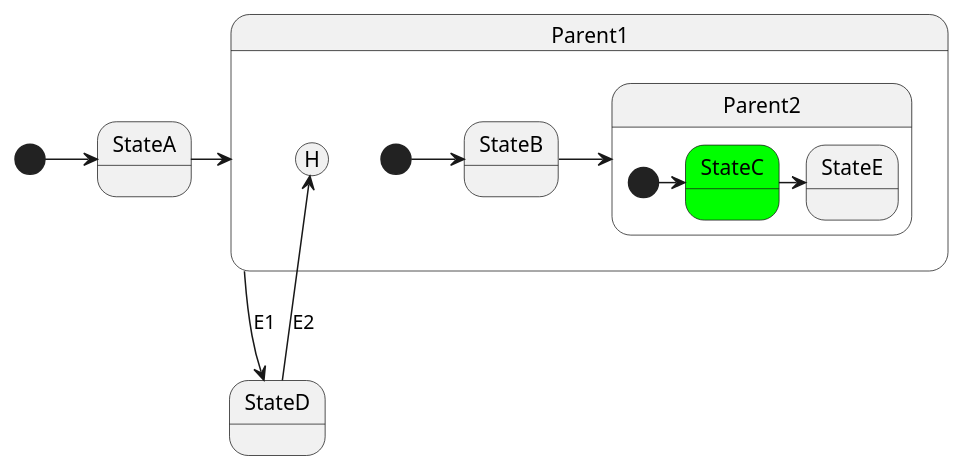
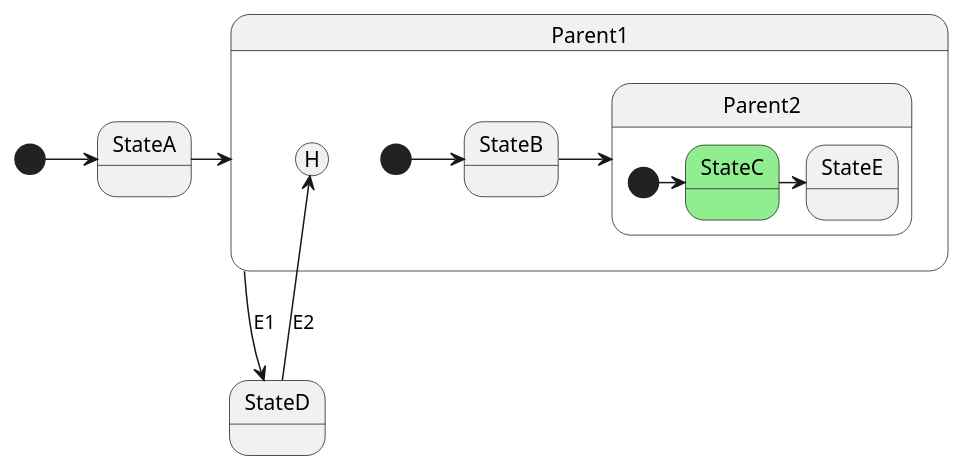
The diagram in source/features/history/history_shallow_04.pu (igor-krechetov/hsmcpp-doc), drawn with PlantUML before and after one commit. The commit also changed 23 other files, not shown here.

```diff
--- a/source/features/history/history_shallow_04.pu
+++ b/source/features/history/history_shallow_04.pu
@@ -1,23 +1,23 @@
 @startuml
 
 state StateD
 
 [*] -> StateA
 StateA -> Parent1
 
 state Parent1 {
     [*] -> StateB
     StateB -> Parent2
 
     state Parent2 {
         [*] -> StateC
         StateC -> StateE
-        state StateC #00FF00
+        state StateC#LightGreen
     }
 
     StateD -up-> [H]: E2
 }
 
 Parent1 -down-> StateD: E1
 
 @enduml
```
